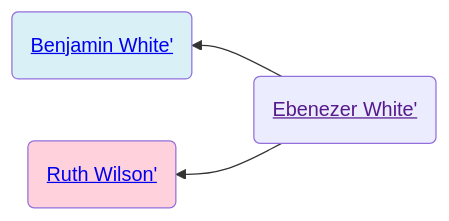
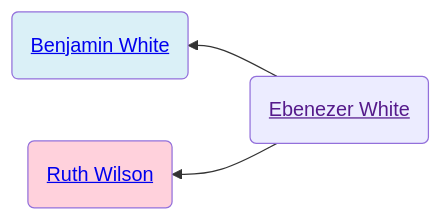
The first of 2 diagrams in familyhistory/sources/people/Merrill-line/White-line/Ebenezer_White.qmd (neelsmith/avocational), drawn with Mermaid before and after one commit. The commit also changed other lines of this file and 96 other files, not shown here.

````diff
--- a/familyhistory/sources/people/Merrill-line/White-line/Ebenezer_White.qmd
+++ b/familyhistory/sources/people/Merrill-line/White-line/Ebenezer_White.qmd
@@ -34,12 +34,12 @@
 ```{mermaid}
 graph RL
 %% RL ancestor diagram
-Ebenezer_White(<a href=''>Ebenezer White'</>) -->  Benjamin_White(<a href='./Benjamin_White.html'>Benjamin White'</>)
+Ebenezer_White(<a href=''>Ebenezer White</a>) -->  Benjamin_White(<a href='./Benjamin_White.html'>Benjamin White</a>)
 class Benjamin_White father
-Ebenezer_White(<a href=''>Ebenezer White'</>)  --> Ruth_Wilson(<a href='./Wilson-line/Ruth_Wilson.html'>Ruth Wilson'</>)
+Ebenezer_White(<a href=''>Ebenezer White</a>)  --> Ruth_Wilson(<a href='./Wilson-line/Ruth_Wilson.html'>Ruth Wilson</a>)
 class Ruth_Wilson mother
 classDef mother fill:#ffd1dc
 classDef father fill:#daf0f7  
 classDef marriage fill:#ffffff
 
 ```
````
